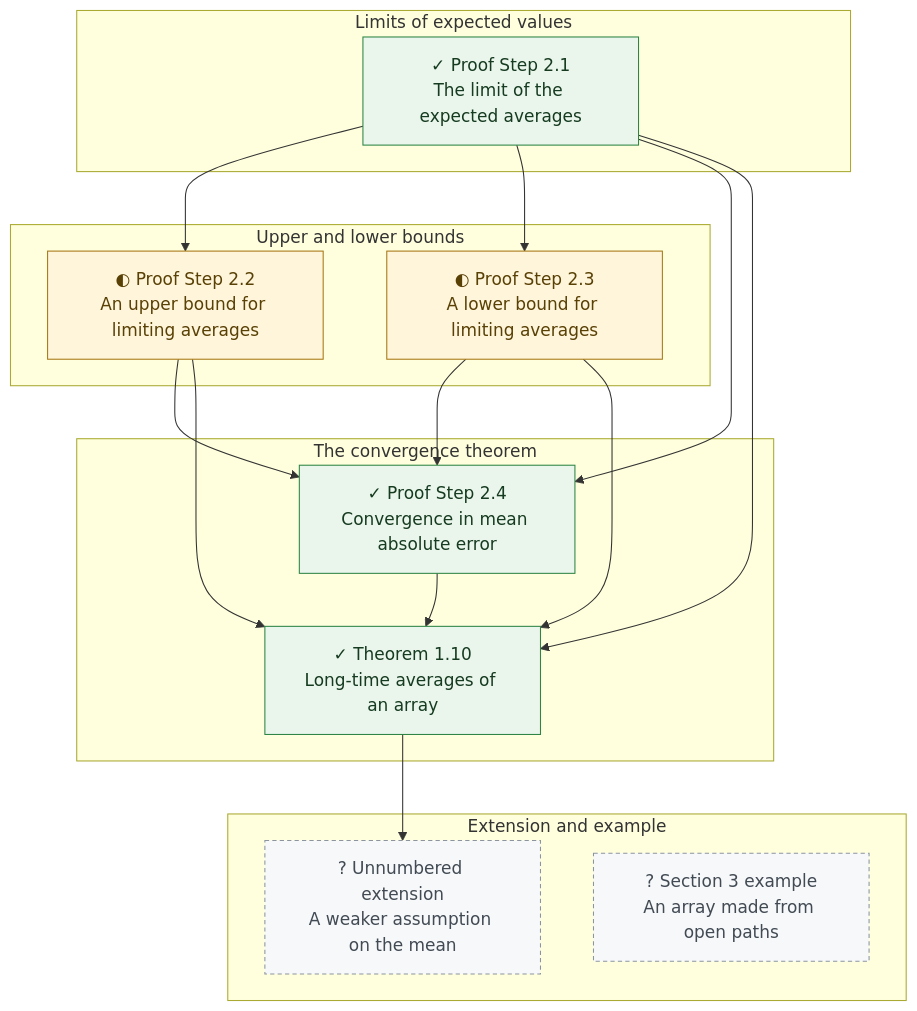
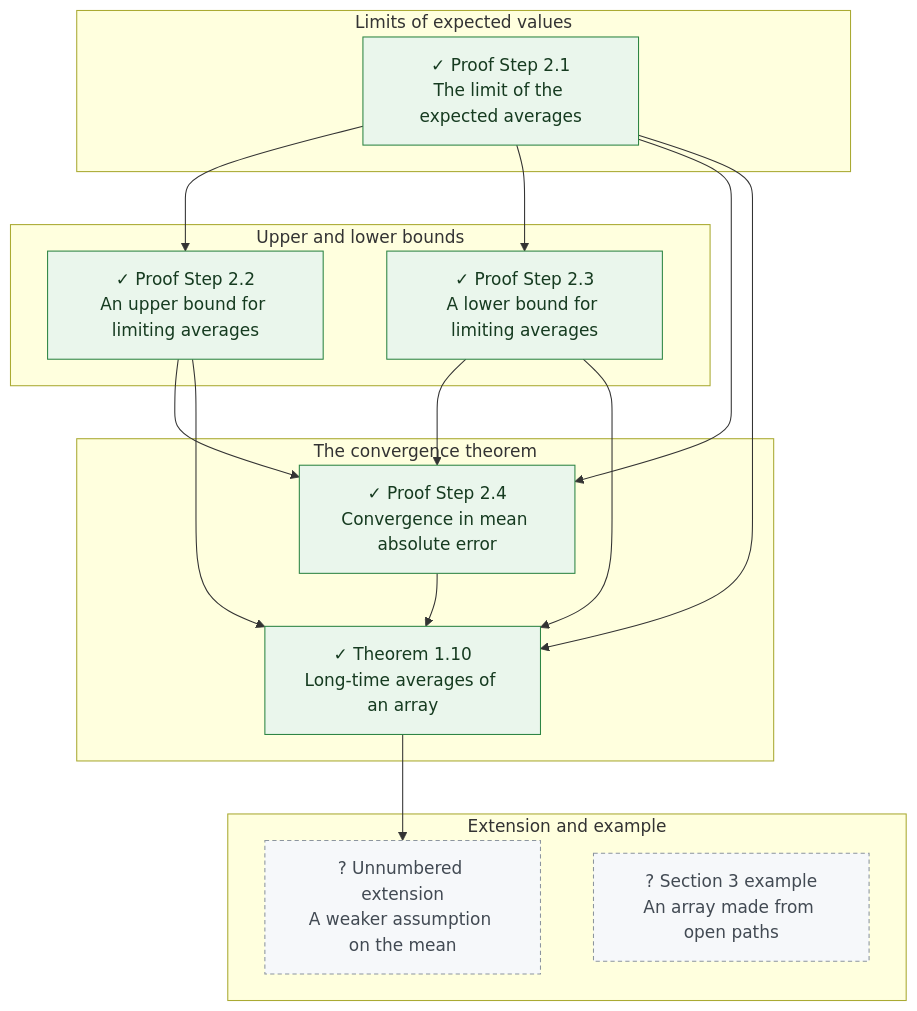
The diagram in docs/graphs/paper-results/liggett-1985.md (cjanjigi/LPP), drawn with Mermaid before and after one commit. The commit also changed other lines of this file and 18 other files, not shown here.

````diff
--- a/docs/graphs/paper-results/liggett-1985.md
+++ b/docs/graphs/paper-results/liggett-1985.md
@@ -13,39 +13,39 @@
 ```mermaid
 flowchart TD
   subgraph S0["Limits of expected values"]
     R1["✓ Proof Step 2.1<br/>The limit of the expected averages"]
   end
   subgraph S1["Upper and lower bounds"]
-    R2["◐ Proof Step 2.2<br/>An upper bound for limiting averages"]
-    R3["◐ Proof Step 2.3<br/>A lower bound for limiting averages"]
+    R2["✓ Proof Step 2.2<br/>An upper bound for limiting averages"]
+    R3["✓ Proof Step 2.3<br/>A lower bound for limiting averages"]
   end
   subgraph S2["The convergence theorem"]
     R4["✓ Proof Step 2.4<br/>Convergence in mean absolute error"]
     R0["✓ Theorem 1.10<br/>Long-time averages of an array"]
   end
   subgraph S3["Extension and example"]
     R5["? Unnumbered extension<br/>A weaker assumption on the mean"]
     R6["? Section 3 example<br/>An array made from open paths"]
   end
   R1 --> R2
   R1 --> R3
   R1 --> R4
   R2 --> R4
   R3 --> R4
   R1 --> R0
   R2 --> R0
   R3 --> R0
   R4 --> R0
   R0 --> R5
   classDef certified fill:#eaf6ec,stroke:#2d8544,color:#163b20
   classDef restricted fill:#fff5db,stroke:#a77815,color:#594005
   classDef not_assessed fill:#f6f8fa,stroke:#8c959f,stroke-dasharray:4 3,color:#424a53
   classDef not_in_release fill:#fff,stroke:#8c959f,color:#59636e
   class R0 certified
   class R1 certified
-  class R2 restricted
-  class R3 restricted
+  class R2 certified
+  class R3 certified
   class R4 certified
   class R5 not_assessed
   class R6 not_assessed
 ```
````
